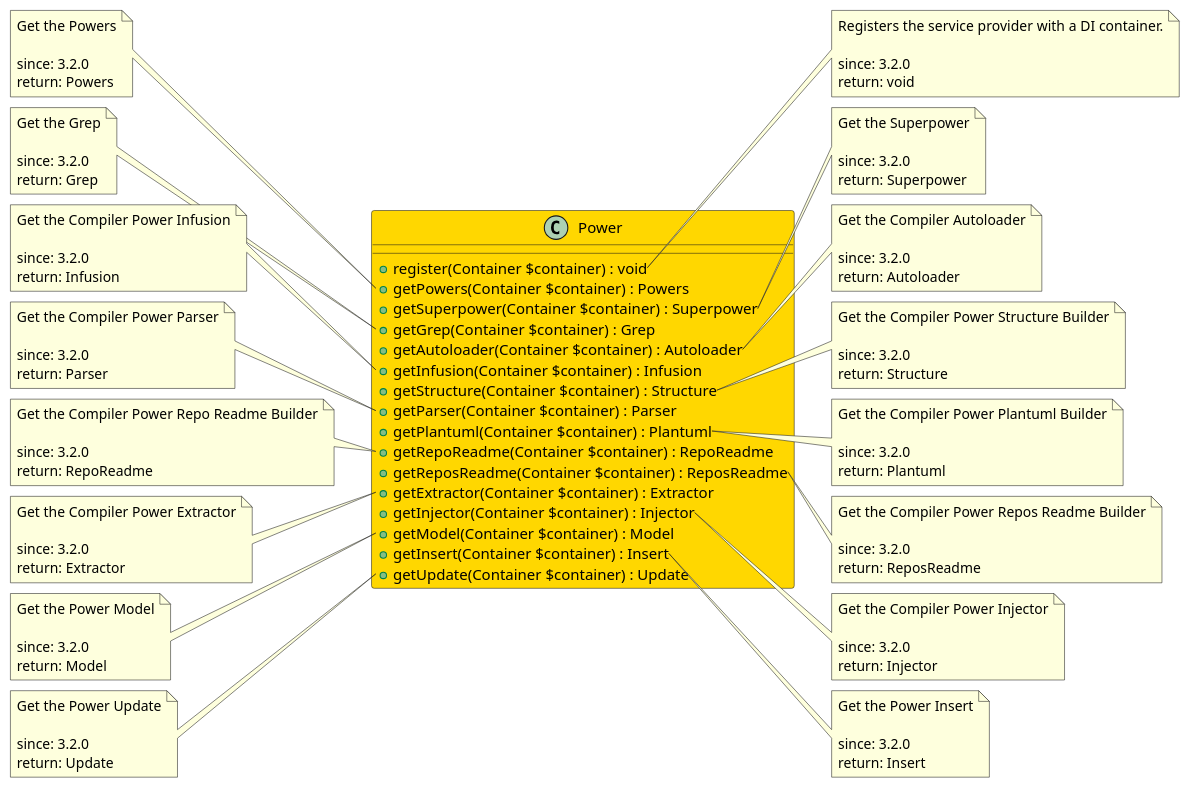
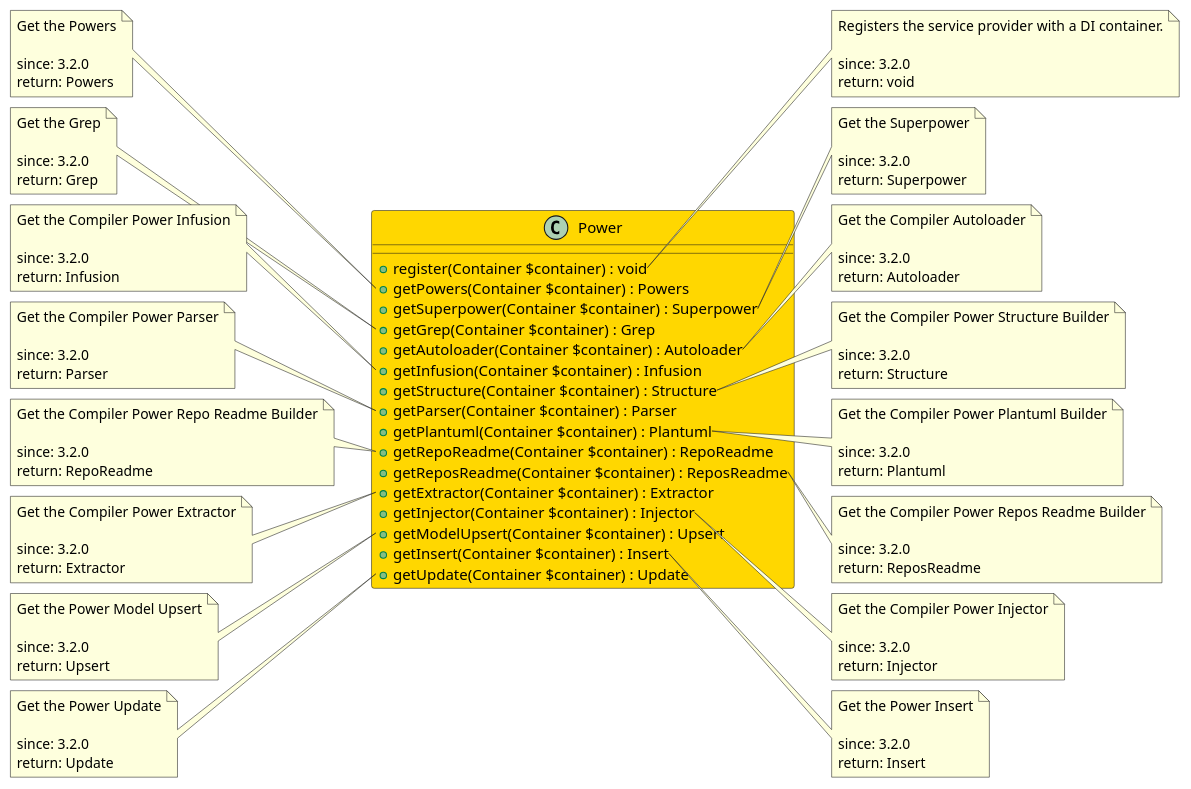
The diagram in src/de01527a-6586-46ea-92e7-11ea3de1cedb/README.md (joomengine/jcb-compiler), drawn with PlantUML before and after one commit. The commit also changed 725 other files, not shown here.

```diff
--- a/src/de01527a-6586-46ea-92e7-11ea3de1cedb/README.md
+++ b/src/de01527a-6586-46ea-92e7-11ea3de1cedb/README.md
@@ -24,7 +24,7 @@
   + getReposReadme(Container $container) : ReposReadme
   + getExtractor(Container $container) : Extractor
   + getInjector(Container $container) : Injector
-  + getModel(Container $container) : Model
+  + getModelUpsert(Container $container) : Upsert
   + getInsert(Container $container) : Insert
   + getUpdate(Container $container) : Update
 }
@@ -120,11 +120,11 @@
   return: Injector
 end note
 
-note left of Power::getModel
-  Get the Power Model
+note left of Power::getModelUpsert
+  Get the Power Model Upsert
 
   since: 3.2.0
-  return: Model
+  return: Upsert
 end note
 
 note right of Power::getInsert
```
